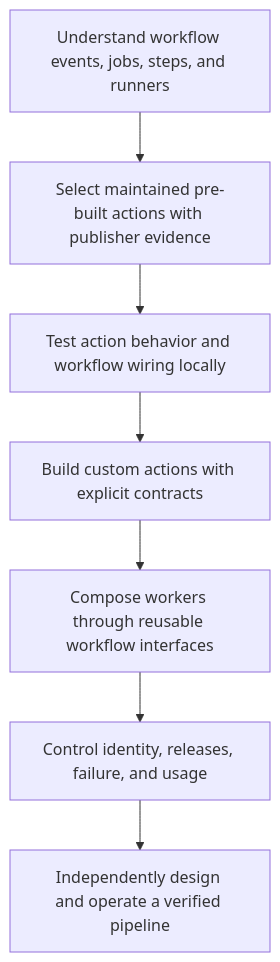
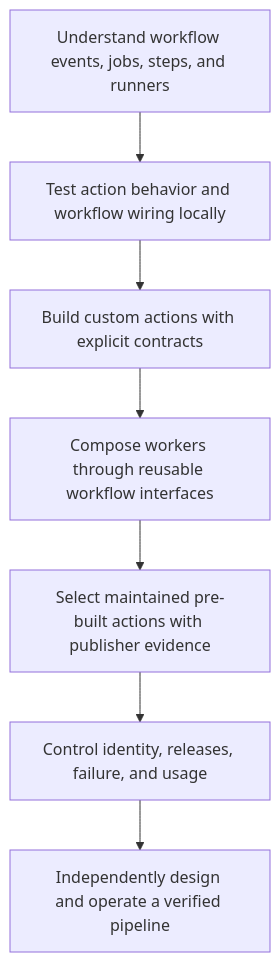
Before and after one commit to Rohit1024/actions-learn: the diagram in docs/lessons/teaching-guide.md, drawn with Mermaid. The commit also changed other lines of this file and 228 other files, not shown here.

````diff
--- a/docs/lessons/teaching-guide.md
+++ b/docs/lessons/teaching-guide.md
@@ -30,9 +30,9 @@
 ```mermaid
 flowchart TD
-    Workflow["Understand workflow events, jobs, steps, and runners"] --> Reuse["Select maintained pre-built actions with publisher evidence"]
-    Reuse --> Local["Test action behavior and workflow wiring locally"]
+    Workflow["Understand workflow events, jobs, steps, and runners"] --> Local["Test action behavior and workflow wiring locally"]
     Local --> Author["Build custom actions with explicit contracts"]
     Author --> Composer["Compose workers through reusable workflow interfaces"]
-    Composer --> Operator["Control identity, releases, failure, and usage"]
+    Composer --> Reuse["Select maintained pre-built actions with publisher evidence"]
+    Reuse --> Operator["Control identity, releases, failure, and usage"]
     Operator --> Orchestrator["Independently design and operate a verified pipeline"]
 ```
````
